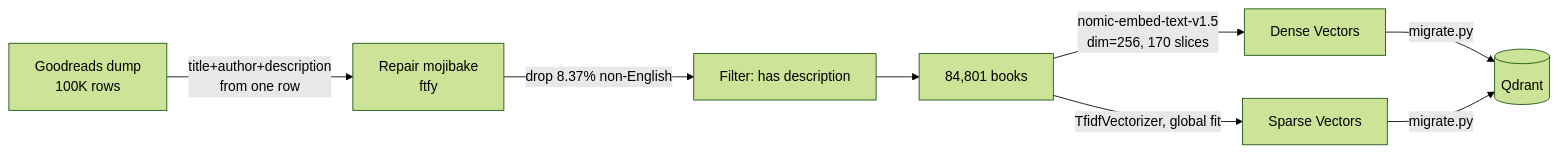
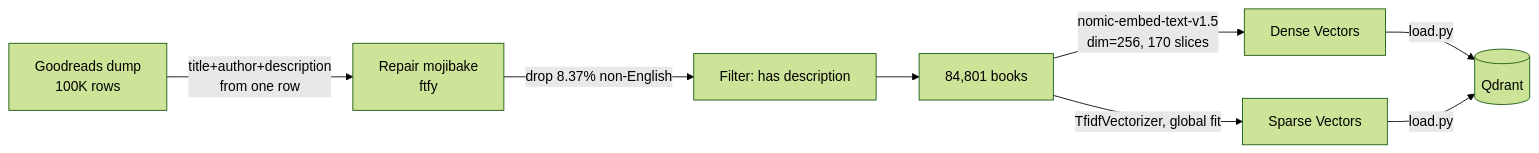
Before and after one commit to TruaShamu/ai-search: the third of 4 diagrams in README.md, drawn with Mermaid (forest theme). The commit also changed other lines of this file and 6 other files, not shown here.

First line of the commit message:
refactor: move migrate.py to src/indexing/load.py

````diff
--- a/README.md
+++ b/README.md
@@ -78,9 +78,9 @@
 ```mermaid
 flowchart LR
     A[Goodreads dump<br/>100K rows] -->|title+author+description<br/>from one row| B[Repair mojibake<br/>ftfy]
     B -->|drop 8.37% non-English| C[Filter: has description]
     C --> D[84,801 books]
     D -->|nomic-embed-text-v1.5<br/>dim=256, 170 slices| F[Dense Vectors]
     D -->|TfidfVectorizer, global fit| G[Sparse Vectors]
-    F & G -->|migrate.py| H[(Qdrant)]
+    F & G -->|load.py| H[(Qdrant)]
 ```
````
